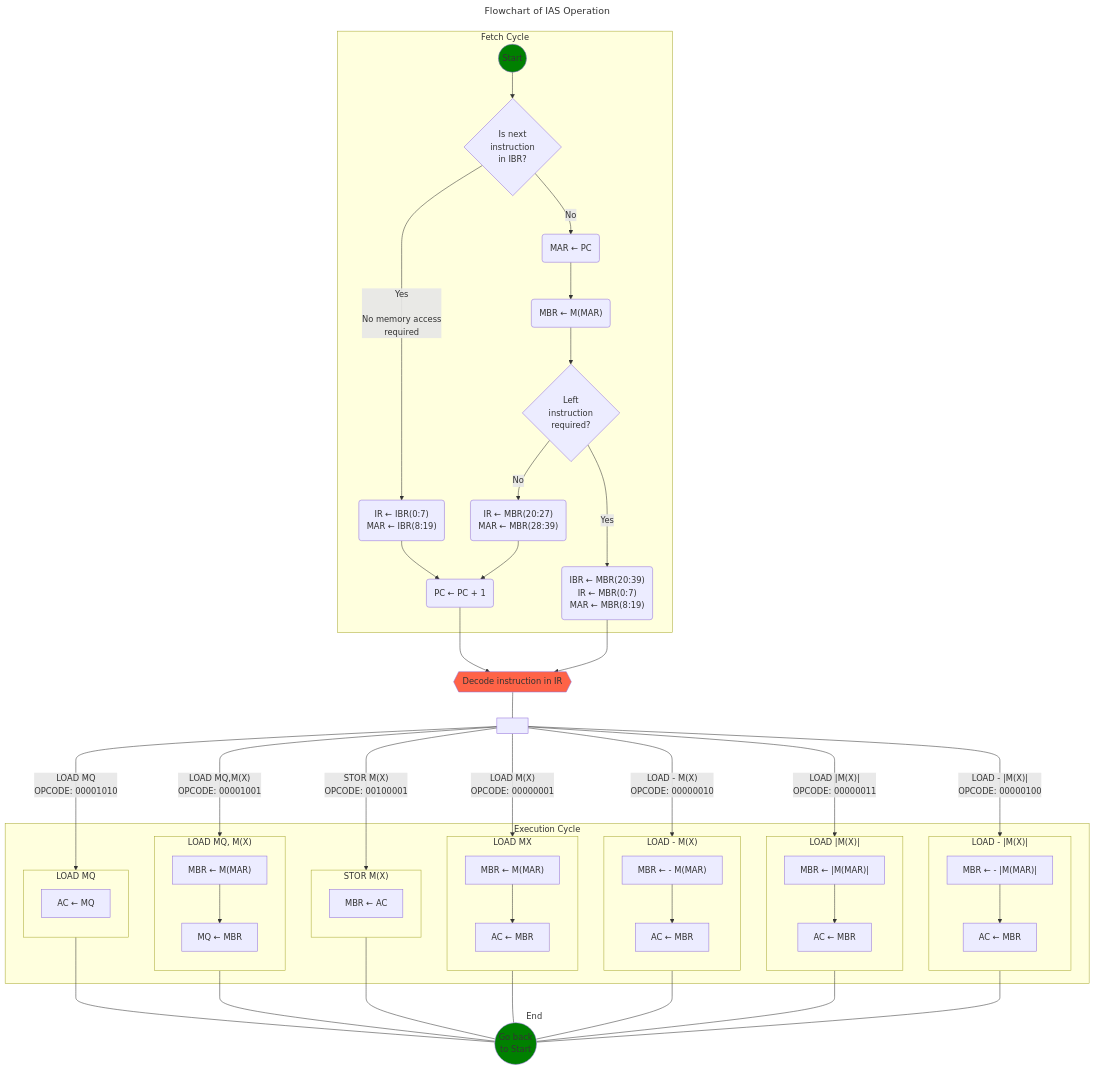
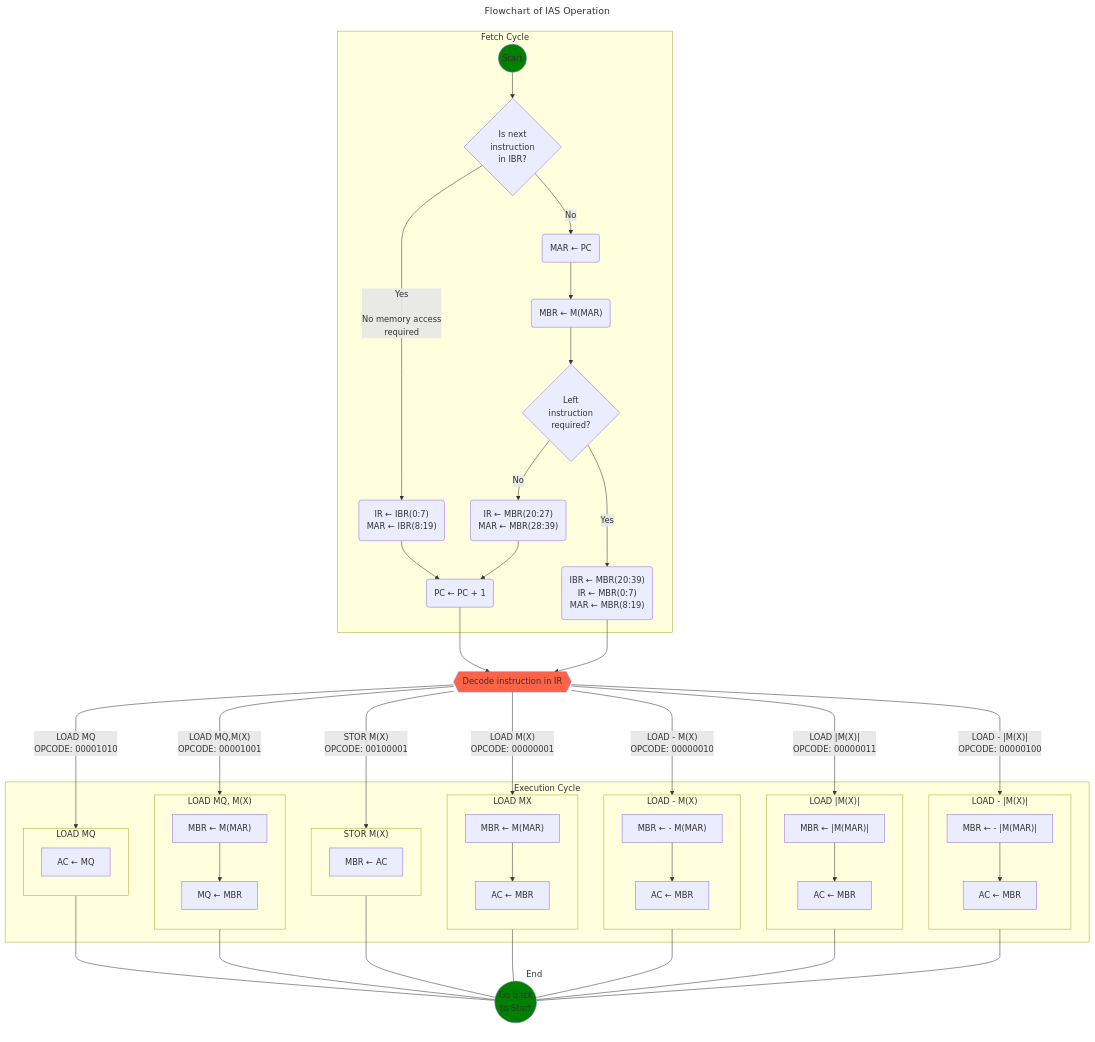
The diagram in README.md (davidalain/ias_computer), drawn with Mermaid before and after one commit. The commit also changed other lines of this file, not shown here.

Commit message:
Update README.md
Adicionando informações sobre os estudantes e sobre o projeto

```diff
--- a/README.md
+++ b/README.md
@@ -41,14 +50,14 @@
     I --> DECODE
     G --> DECODE
     DECODE{{"Decode instruction in IR"}}:::orangeClass
-    DECODE --- link[ ]
+    %%DECODE --- link[ ]
 end
 
 style FC fill:transparent,stroke:transparent
 
     subgraph execution_cycle [Execution Cycle]
 
-        link --->|"LOAD MQ
+        DECODE --->|"LOAD MQ
         OPCODE: 00001010"| loadmq_sp
 
         subgraph loadmq_sp ["LOAD MQ"];
@@ -57,7 +66,7 @@
             direction TB
         end
 
-        link --->|"LOAD MQ,M(X)
+        DECODE --->|"LOAD MQ,M(X)
         OPCODE: 00001001"| loadmqmx_sp
 
         subgraph loadmqmx_sp ["LOAD MQ, M(X)"];
@@ -69,7 +78,7 @@
              direction TB
         end
 
-        link --->|"STOR M(X)
+        DECODE --->|"STOR M(X)
         OPCODE: 00100001"| stormx_sp
 
         subgraph stormx_sp ["STOR M(X)"];
@@ -78,7 +87,7 @@
              direction TB
         end
 
-        link --->|"LOAD M(X)
+        DECODE --->|"LOAD M(X)
         OPCODE: 00000001"| loadmx_sp
 
         subgraph loadmx_sp["LOAD MX"];
@@ -90,7 +99,7 @@
              direction TB
         end
 
-        link --->|"LOAD - M(X)
+        DECODE --->|"LOAD - M(X)
         OPCODE: 00000010"| loadminusmx_sp
 
         subgraph loadminusmx_sp ["LOAD - M(X)"];
@@ -102,7 +111,7 @@
              direction TB
         end
 
-        link --->|"LOAD |M(X)|
+        DECODE --->|"LOAD |M(X)|
         OPCODE: 00000011"| loadabsolutemx_sp
 
         subgraph loadabsolutemx_sp["LOAD |M(X)|"];
@@ -114,7 +123,7 @@
              direction TB
         end
 
-        link --->|"LOAD - |M(X)|
+        DECODE --->|"LOAD - |M(X)|
         OPCODE: 00000100"| loadminusabsolutemx_sp
 
         subgraph loadminusabsolutemx_sp["LOAD - |M(X)|"];
```
